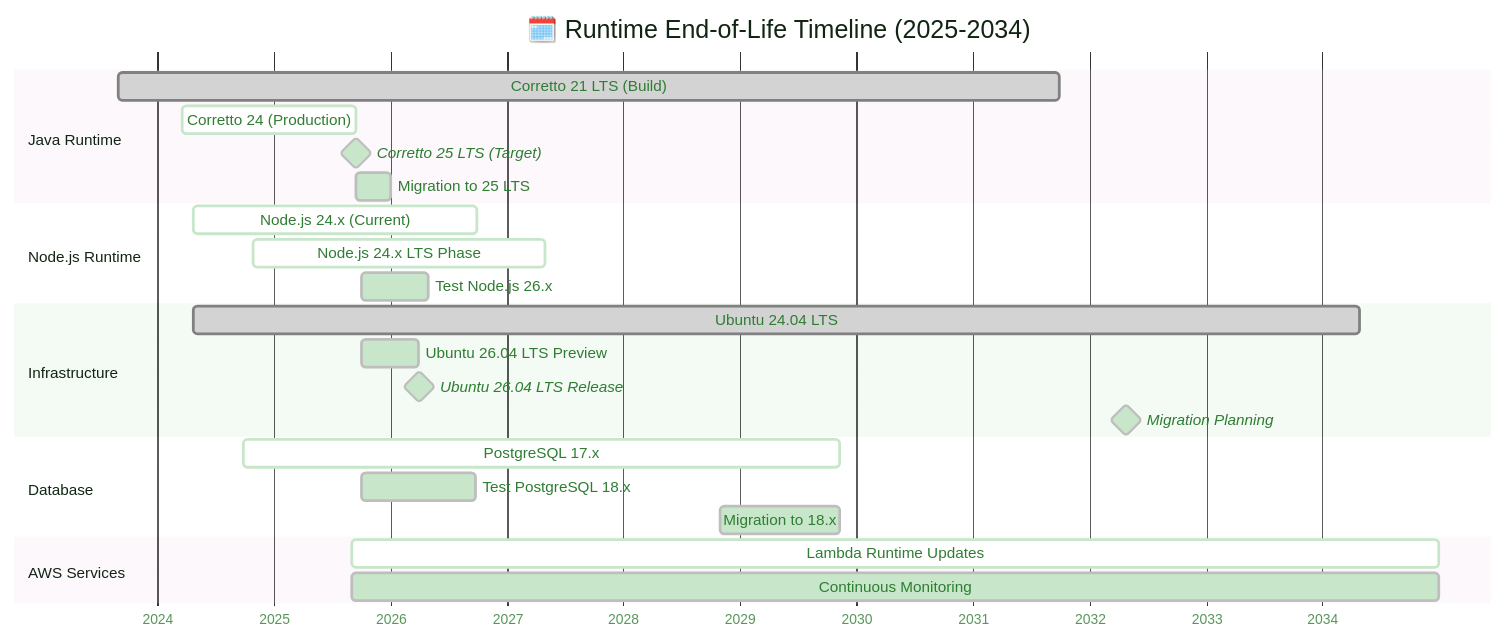
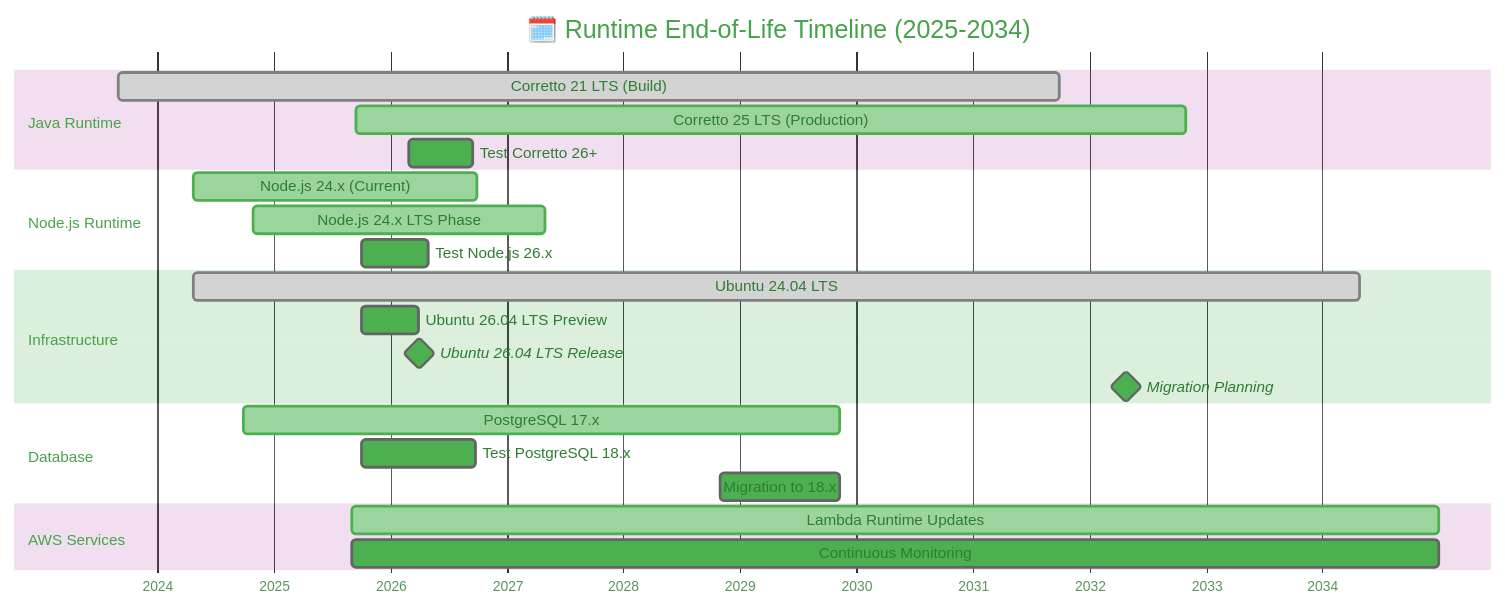
The third of 5 diagrams in Vulnerability_Management.md (Hack23/ISMS-PUBLIC), drawn with Mermaid before and after one commit. The commit also changed other lines of this file, not shown here.

````diff
--- a/Vulnerability_Management.md
+++ b/Vulnerability_Management.md
@@ -423,42 +451,41 @@
 ```mermaid
 %%{
   init: {
     'theme': 'base',
     'themeVariables': {
-      'primaryColor': '#c8e6c9',
-      'primaryTextColor': '#2e7d32',
-      'lineColor': '#66bb6a'
+      'primaryColor': '#4CAF50',
+      'primaryTextColor': '#2E7D32',
+      'lineColor': '#4CAF50'
     }
   }
 }%%
 gantt
     title 🗓️ Runtime End-of-Life Timeline (2025-2034)
     dateFormat YYYY-MM-DD
     axisFormat %Y
     
     section Java Runtime
     Corretto 21 LTS (Build)  :done, corretto21, 2023-09-01, 2031-09-30
-    Corretto 24 (Production) :active, corretto24, 2024-03-19, 2025-09-15
-    Corretto 25 LTS (Target)  :milestone, corretto25, 2025-09-15, 2025-09-17
-    Migration to 25 LTS      :migration25, 2025-09-17, 2025-12-31
+    Corretto 25 LTS (Production) :active, corretto25, 2025-09-16, 2032-10-31
+    Test Corretto 26+         :testing26, 2026-03-01, 2026-09-15
     
     section Node.js Runtime  
     Node.js 24.x (Current)    :active, node24, 2024-04-24, 2026-10-01
     Node.js 24.x LTS Phase    :active, node24lts, 2024-10-29, 2027-04-30
     Test Node.js 26.x         :testing26, 2025-10-01, 2026-04-30
     
     section Infrastructure
     Ubuntu 24.04 LTS          :done, ubuntu24, 2024-04-25, 2034-04-25
     Ubuntu 26.04 LTS Preview  :testing26u, 2025-10-01, 2026-04-01
     Ubuntu 26.04 LTS Release  :milestone, ubuntu26, 2026-04-01, 2026-04-03
     Migration Planning        :milestone, 2032-04-25, 0d
     
     section Database
     PostgreSQL 17.x           :active, pg17, 2024-09-26, 2029-11-09
     Test PostgreSQL 18.x      :testing18, 2025-10-01, 2026-09-26
     Migration to 18.x         :migration18, 2028-11-01, 2029-11-09
     
     section AWS Services
     Lambda Runtime Updates    :active, lambda, 2025-08-31, 2034-12-31
     Continuous Monitoring     :monitor, 2025-08-31, 2034-12-31
 ```
````
